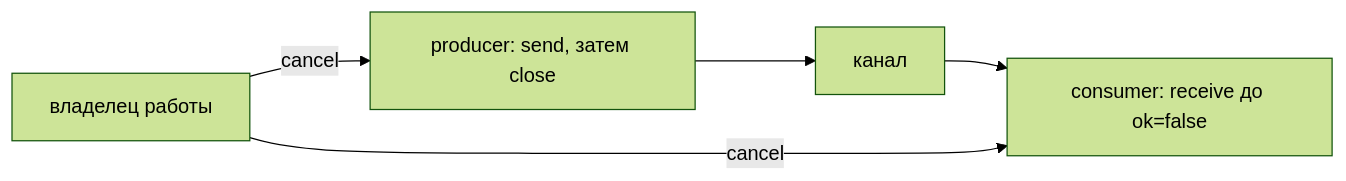
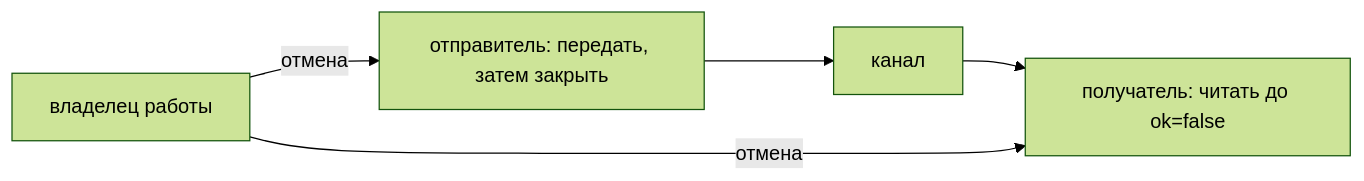
Before and after one commit to leary1337/vault: the diagram in docs/go/concurrency/channels.md, drawn with Mermaid (forest theme). The commit also changed other lines of this file and 325 other files, not shown here.

````diff
--- a/docs/go/concurrency/channels.md
+++ b/docs/go/concurrency/channels.md
@@ -120,7 +104,7 @@
 ```mermaid
 flowchart LR
-    P["producer: send, затем close"] --> C["канал"]
-    C --> R["consumer: receive до ok=false"]
-    O["владелец работы"] -->|"cancel"| P
-    O -->|"cancel"| R
+    P["отправитель: передать, затем закрыть"] --> C["канал"]
+    C --> R["получатель: читать до ok=false"]
+    O["владелец работы"] -->|"отмена"| P
+    O -->|"отмена"| R
 ```
````
